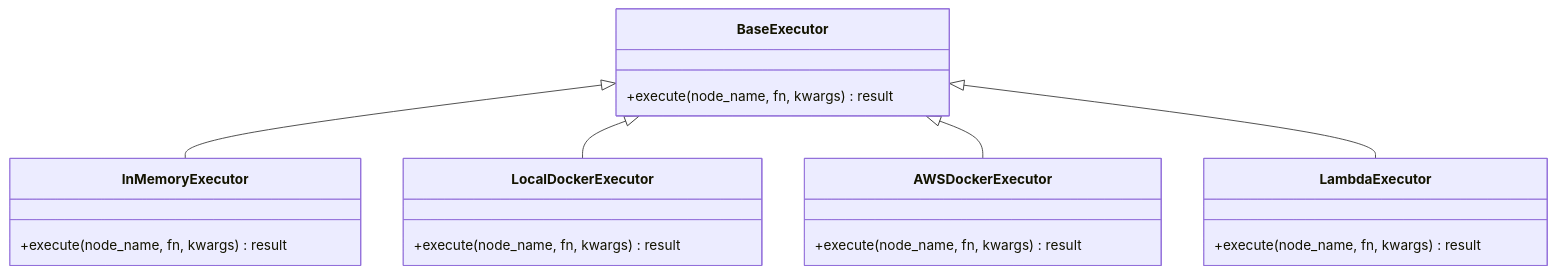
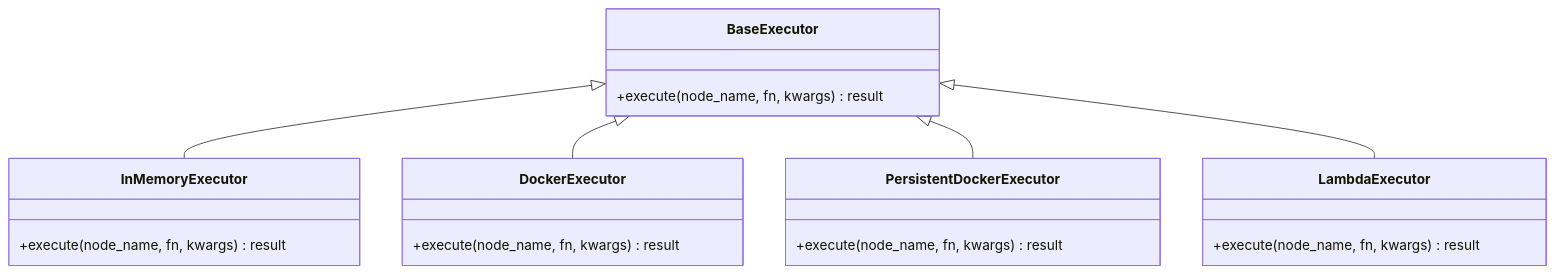
Before and after one commit to ganeshhgupta/fn_graph: the third of 9 diagrams in fn_graph/examples/solution/02_executor.md, drawn with Mermaid. The commit also changed other lines of this file and 6 other files, not shown here.

First line of the commit message:
docs: update all solution MD files for PersistentDockerExecutor and deploy/ refactor

````diff
--- a/fn_graph/examples/solution/02_executor.md
+++ b/fn_graph/examples/solution/02_executor.md
@@ -40,22 +40,22 @@
 ```mermaid
 classDiagram
     class BaseExecutor {
         +execute(node_name, fn, kwargs) result
     }
     class InMemoryExecutor {
         +execute(node_name, fn, kwargs) result
     }
-    class LocalDockerExecutor {
+    class DockerExecutor {
         +execute(node_name, fn, kwargs) result
     }
-    class AWSDockerExecutor {
+    class PersistentDockerExecutor {
         +execute(node_name, fn, kwargs) result
     }
     class LambdaExecutor {
         +execute(node_name, fn, kwargs) result
     }
     BaseExecutor <|-- InMemoryExecutor
-    BaseExecutor <|-- LocalDockerExecutor
-    BaseExecutor <|-- AWSDockerExecutor
+    BaseExecutor <|-- DockerExecutor
+    BaseExecutor <|-- PersistentDockerExecutor
     BaseExecutor <|-- LambdaExecutor
 ```
````
